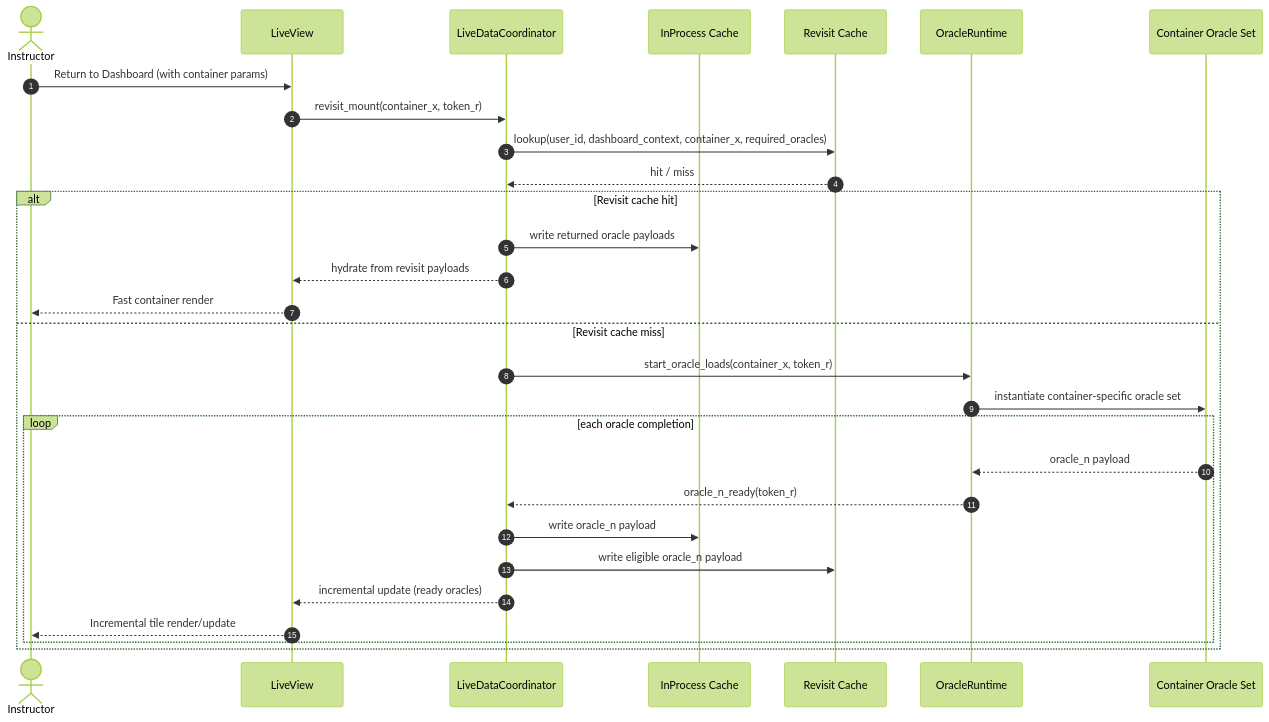
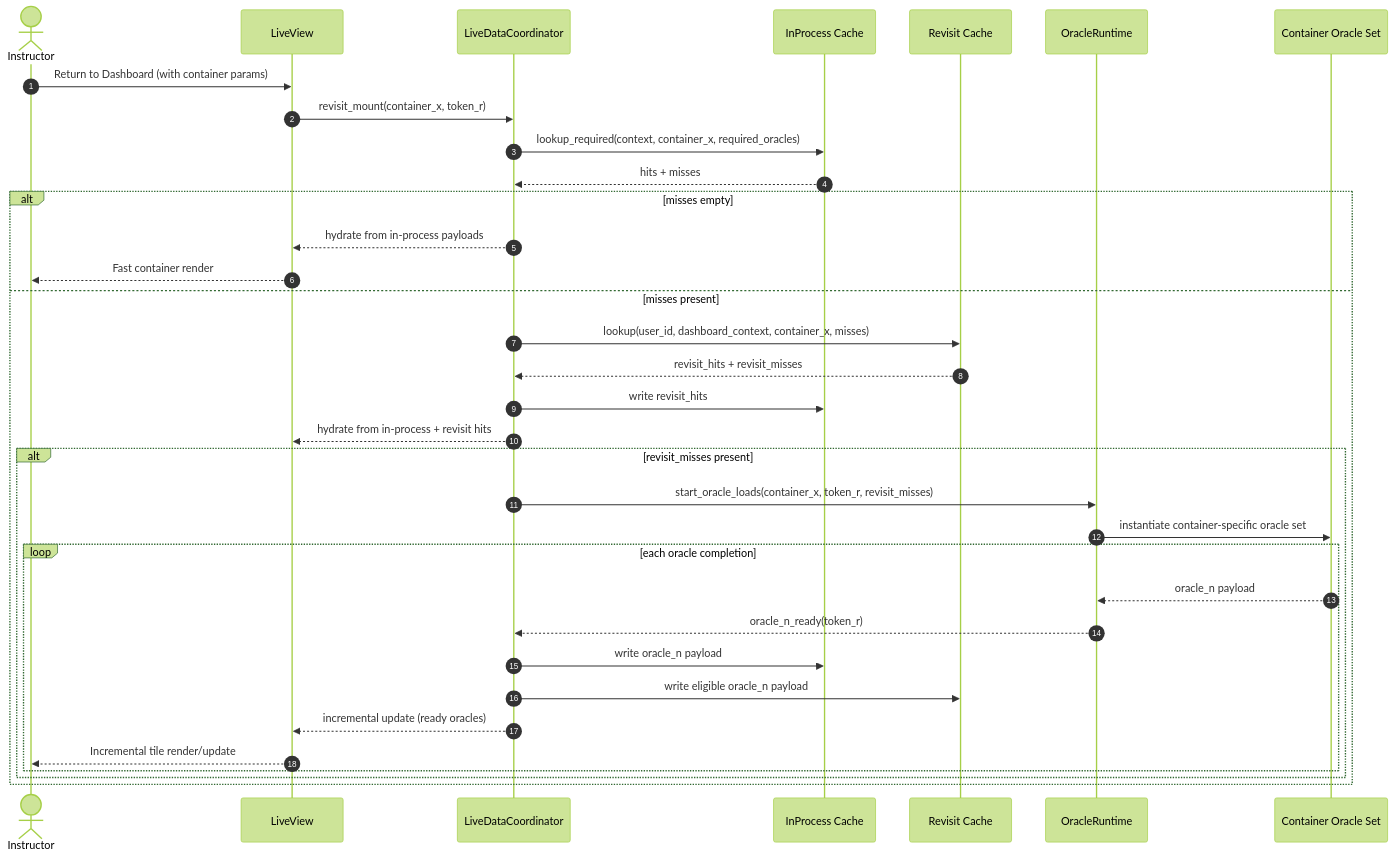
One commit to Simon-Initiative/oli-torus changed the fourth of 4 diagrams in docs/epics/intelligent_dashboard/edd.md. Above: the diagram before and after it, drawn with Mermaid (forest theme). The commit also changed other lines of this file and 12 other files, not shown here.

````diff
--- a/docs/epics/intelligent_dashboard/edd.md
+++ b/docs/epics/intelligent_dashboard/edd.md
@@ -196,33 +283,38 @@
 ```mermaid
 sequenceDiagram
     autonumber
     actor U as Instructor
     participant LV as LiveView
     participant LDC as LiveDataCoordinator
     participant IPC as InProcess Cache
     participant RC as Revisit Cache
     participant OR as OracleRuntime
     participant O as Container Oracle Set
 
     U->>LV: Return to Dashboard (with container params)
     LV->>LDC: revisit_mount(container_x, token_r)
-    LDC->>RC: lookup(user_id, dashboard_context, container_x, required_oracles)
-    RC-->>LDC: hit / miss
+    LDC->>IPC: lookup_required(context, container_x, required_oracles)
+    IPC-->>LDC: hits + misses
 
-    alt Revisit cache hit
-        LDC->>IPC: write returned oracle payloads
-        LDC-->>LV: hydrate from revisit payloads
+    alt misses empty
+        LDC-->>LV: hydrate from in-process payloads
         LV-->>U: Fast container render
-    else Revisit cache miss
-        LDC->>OR: start_oracle_loads(container_x, token_r)
-        OR->>O: instantiate container-specific oracle set
-        loop each oracle completion
-            O-->>OR: oracle_n payload
-            OR-->>LDC: oracle_n_ready(token_r)
-            LDC->>IPC: write oracle_n payload
-            LDC->>RC: write eligible oracle_n payload
-            LDC-->>LV: incremental update (ready oracles)
-            LV-->>U: Incremental tile render/update
+    else misses present
+        LDC->>RC: lookup(user_id, dashboard_context, container_x, misses)
+        RC-->>LDC: revisit_hits + revisit_misses
+        LDC->>IPC: write revisit_hits
+        LDC-->>LV: hydrate from in-process + revisit hits
+        alt revisit_misses present
+            LDC->>OR: start_oracle_loads(container_x, token_r, revisit_misses)
+            OR->>O: instantiate container-specific oracle set
+            loop each oracle completion
+                O-->>OR: oracle_n payload
+                OR-->>LDC: oracle_n_ready(token_r)
+                LDC->>IPC: write oracle_n payload
+                LDC->>RC: write eligible oracle_n payload
+                LDC-->>LV: incremental update (ready oracles)
+                LV-->>U: Incremental tile render/update
+            end
         end
     end
 ```
````
